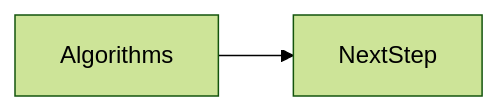
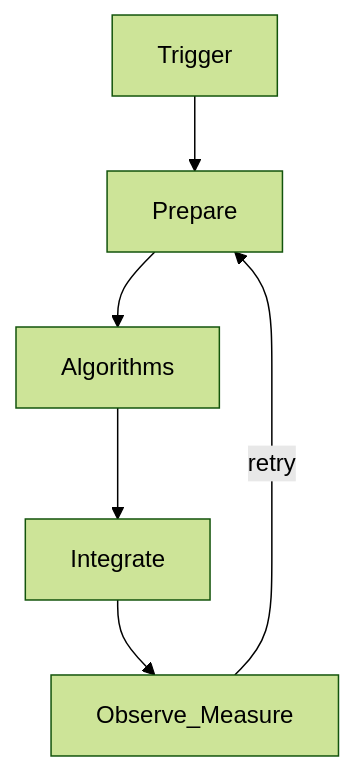
One commit to OmidJavaherii/Frontend-Engineering-Handbook changed the second of 3 diagrams in docs/en/01-computer-science/algorithms/index.md. Above: the diagram before and after it, drawn with Mermaid (forest theme). The commit also changed other lines of this file and 461 other files, not shown here.

````diff
--- a/docs/en/01-computer-science/algorithms/index.md
+++ b/docs/en/01-computer-science/algorithms/index.md
@@ -96,4 +172,8 @@
 ```mermaid
-flowchart LR
-  concept[Algorithms] --> nextStep[NextStep]
+flowchart TD
+  trigger[Trigger] --> prepare[Prepare]
+  prepare --> core[Algorithms]
+  core --> integrate[Integrate]
+  integrate --> observe[Observe_Measure]
+  observe -->|retry| prepare
 ```
````
